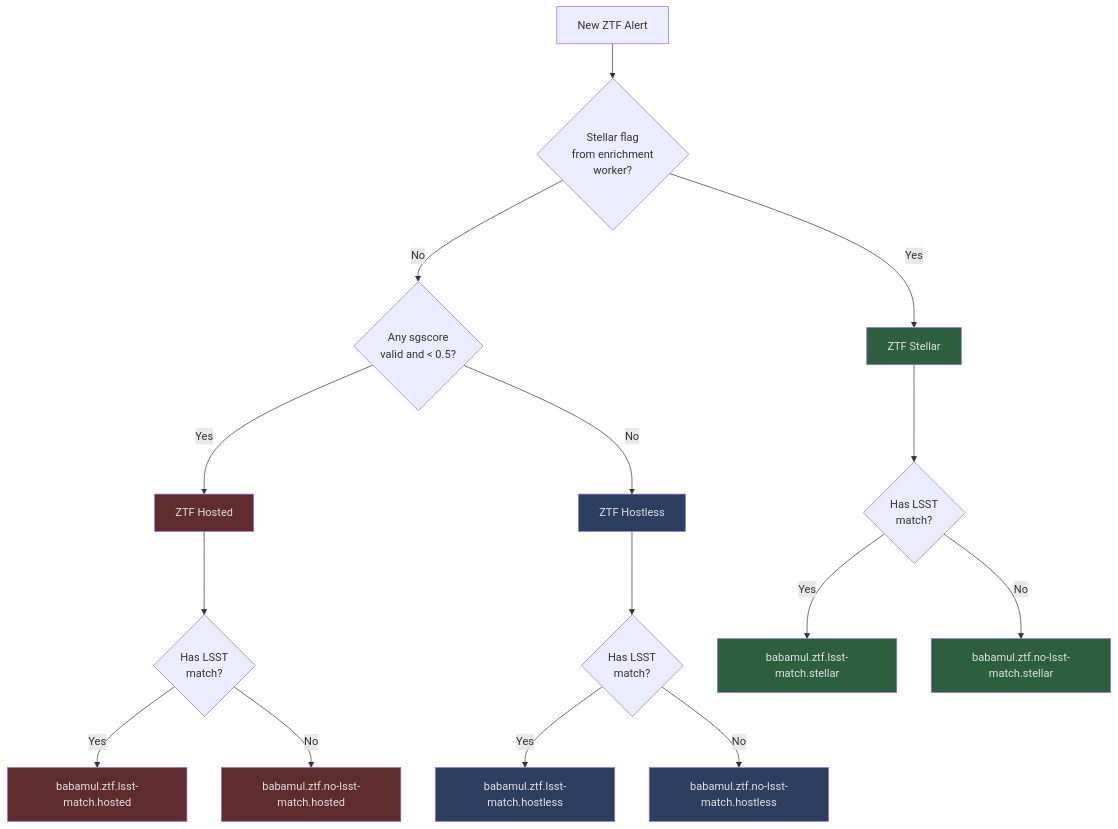
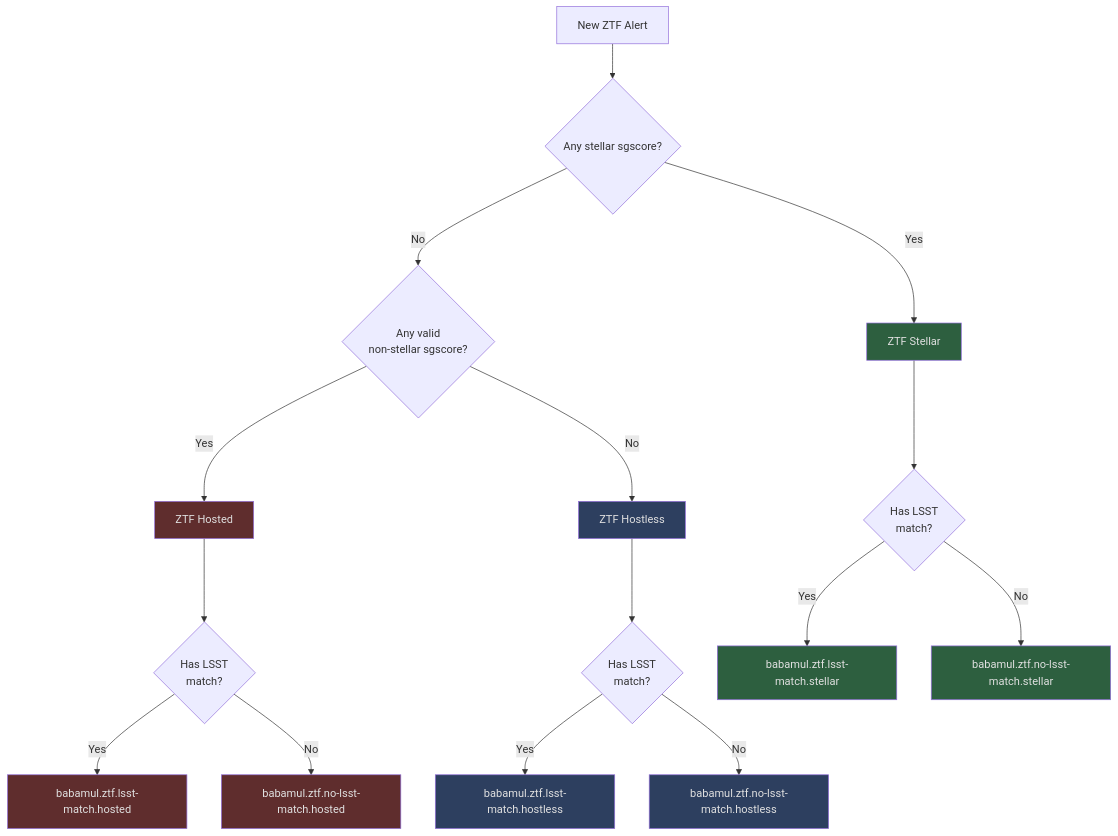
Before and after one commit to boom-astro/boom: the third of 3 diagrams in docs/babamul.md, drawn with Mermaid. The commit also changed other lines of this file, not shown here.

Commit message:
simplify

````diff
--- a/docs/babamul.md
+++ b/docs/babamul.md
@@ -180,30 +180,30 @@
 ```mermaid
 flowchart TD
-    ZTF[New ZTF Alert] --> CheckStellar{Stellar flag<br/>from enrichment<br/>worker?}
+    ZTF[New ZTF Alert] --> CheckStellar{Any stellar sgscore?}
 
     CheckStellar -->|Yes| ZTF_Stellar[ZTF Stellar]
-    CheckStellar -->|No| CheckSGScore{Any sgscore<br/>valid and < 0.5?}
+    CheckStellar -->|No| CheckSGScore{Any valid</br>non-stellar sgscore?}
     CheckSGScore -->|Yes| ZTF_Hosted[ZTF Hosted]
     CheckSGScore -->|No| ZTF_Hostless[ZTF Hostless]
 
     ZTF_Stellar --> CheckLSSTMatch_Stellar{Has LSST<br/>match?}
     ZTF_Hosted --> CheckLSSTMatch_Hosted{Has LSST<br/>match?}
     ZTF_Hostless --> CheckLSSTMatch_Hostless{Has LSST<br/>match?}
 
     CheckLSSTMatch_Stellar -->|Yes| Topic9[babamul.ztf.lsst-match.stellar]
     CheckLSSTMatch_Stellar -->|No| Topic12[babamul.ztf.no-lsst-match.stellar]
     CheckLSSTMatch_Hosted -->|Yes| Topic10[babamul.ztf.lsst-match.hosted]
     CheckLSSTMatch_Hosted -->|No| Topic13[babamul.ztf.no-lsst-match.hosted]
     CheckLSSTMatch_Hostless -->|Yes| Topic11[babamul.ztf.lsst-match.hostless]
     CheckLSSTMatch_Hostless -->|No| Topic14[babamul.ztf.no-lsst-match.hostless]
 
     style ZTF_Stellar fill:#2d5f3f,color:#e0e0e0
     style ZTF_Hosted fill:#5f2d2d,color:#e0e0e0
     style ZTF_Hostless fill:#2d3f5f,color:#e0e0e0
     style Topic9 fill:#2d5f3f,color:#e0e0e0
     style Topic10 fill:#5f2d2d,color:#e0e0e0
     style Topic11 fill:#2d3f5f,color:#e0e0e0
     style Topic12 fill:#2d5f3f,color:#e0e0e0
     style Topic13 fill:#5f2d2d,color:#e0e0e0
     style Topic14 fill:#2d3f5f,color:#e0e0e0
 ```
````
